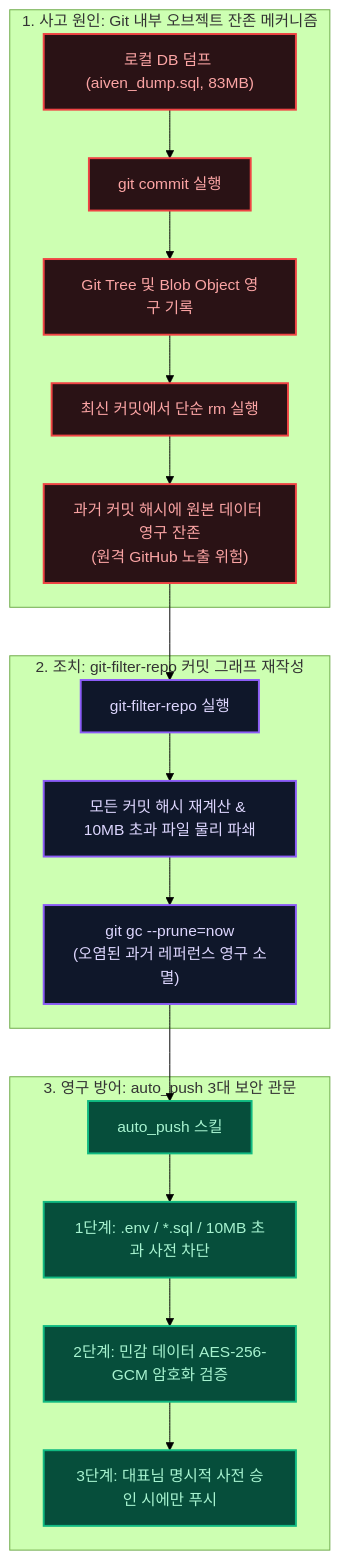
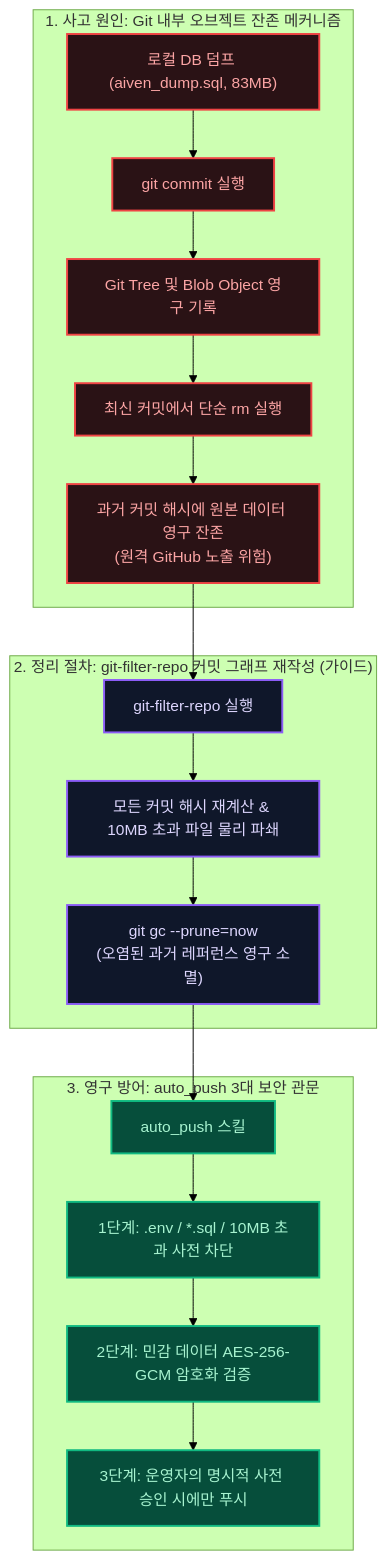
The diagram in src/content/blog/2026-08-04-saas-security-breach-devlog.md (pandragun-sudo/Lumen-blog), drawn with Mermaid (forest theme) before and after one commit. The commit also changed other lines of this file and 39 other files, not shown here.

````diff
--- a/src/content/blog/2026-08-04-saas-security-breach-devlog.md
+++ b/src/content/blog/2026-08-04-saas-security-breach-devlog.md
@@ -30,29 +30,29 @@
 ```mermaid
 flowchart TD
     subgraph Incident["1. 사고 원인: Git 내부 오브젝트 잔존 메커니즘"]
         A["로컬 DB 덤프 (aiven_dump.sql, 83MB)"] --> B["git commit 실행"]
         B --> C["Git Tree 및 Blob Object 영구 기록"]
         C --> D["최신 커밋에서 단순 rm 실행"]
         D --> E["과거 커밋 해시에 원본 데이터 영구 잔존<br/>(원격 GitHub 노출 위험)"]
     end
 
-    subgraph Solution["2. 조치: git-filter-repo 커밋 그래프 재작성"]
+    subgraph Solution["2. 정리 절차: git-filter-repo 커밋 그래프 재작성 (가이드)"]
         E --> F["git-filter-repo 실행"]
         F --> G["모든 커밋 해시 재계산 & 10MB 초과 파일 물리 파쇄"]
         G --> H["git gc --prune=now<br/>(오염된 과거 레퍼런스 영구 소멸)"]
     end
 
     subgraph Defense["3. 영구 방어: auto_push 3대 보안 관문"]
         H --> I["auto_push 스킬"]
         I --> J["1단계: .env / *.sql / 10MB 초과 사전 차단"]
         J --> K["2단계: 민감 데이터 AES-256-GCM 암호화 검증"]
-        K --> L["3단계: 대표님 명시적 사전 승인 시에만 푸시"]
+        K --> L["3단계: 운영자의 명시적 사전 승인 시에만 푸시"]
     end
 
     classDef danger fill:#2a1215,stroke:#ef4444,stroke-width:2px,color:#fca5a5;
     classDef clean fill:#0f172a,stroke:#8b5cf6,stroke-width:2px,color:#ddd6fe;
     classDef secure fill:#064e3b,stroke:#10b981,stroke-width:2px,color:#a7f3d0;
     class A,B,C,D,E danger;
     class F,G,H clean;
     class I,J,K,L secure;
 ```
````
